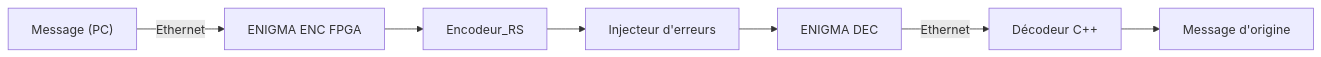
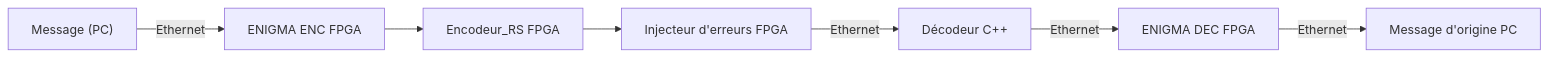
Before and after one commit to sudo-LuSer/FFT_in_Finite_Fields_Reed_Solomon_Error_Correction: the diagram in README.md, drawn with Mermaid.

Commit message:
Update README with project details and structure

````diff
--- a/README.md
+++ b/README.md
@@ -245,9 +245,9 @@
 ```mermaid
 flowchart LR
     A["Message (PC)"] -->|Ethernet| B["ENIGMA ENC FPGA"]
-    B --> C["Encodeur_RS"]
-    C --> D["Injecteur d'erreurs"]
-    D --> E["ENIGMA DEC"]
-    E -->|Ethernet| F["Décodeur C++"]
-    F --> G["Message d'origine"]
+    B --> C["Encodeur_RS FPGA"]
+    C --> D["Injecteur d'erreurs FPGA"]
+    D --> |Ethernet| E["Décodeur C++"]
+    E --> |Ethernet| F["ENIGMA DEC FPGA"]
+    F --> |Ethernet| G["Message d'origine PC"]
 ```
````
